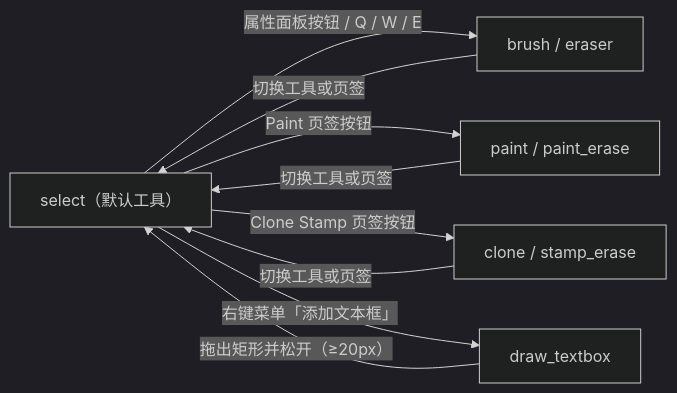
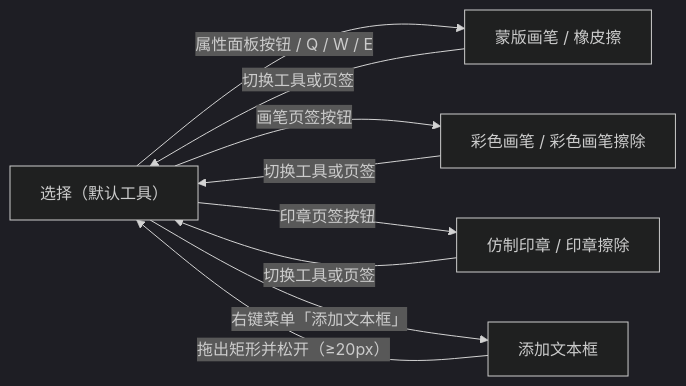
The first of 2 diagrams in doc/wiki/zh/desktop/editor/canvas-tools-and-selection.md (hgmzhn/manga-translator-ui), drawn with Mermaid (dark theme) before and after one commit. The commit also changed other lines of this file and 252 other files, not shown here.

````diff
--- a/doc/wiki/zh/desktop/editor/canvas-tools-and-selection.md
+++ b/doc/wiki/zh/desktop/editor/canvas-tools-and-selection.md
@@ -86,11 +63,11 @@
 ```mermaid
 flowchart LR
-    S["select（默认工具）"] -->|"属性面板按钮 / Q / W / E"| B["brush / eraser"]
-    S -->|"Paint 页签按钮"| P["paint / paint_erase"]
-    S -->|"Clone Stamp 页签按钮"| C["clone / stamp_erase"]
-    S -->|"右键菜单「添加文本框」"| D["draw_textbox"]
+    S["选择（默认工具）"] -->|"属性面板按钮 / Q / W / E"| B["蒙版画笔 / 橡皮擦"]
+    S -->|"画笔页签按钮"| P["彩色画笔 / 彩色画笔擦除"]
+    S -->|"印章页签按钮"| C["仿制印章 / 印章擦除"]
+    S -->|"右键菜单「添加文本框」"| D["添加文本框"]
     D -->|"拖出矩形并松开（≥20px）"| S
     B -->|"切换工具或页签"| S
     P -->|"切换工具或页签"| S
     C -->|"切换工具或页签"| S
 ```
````
